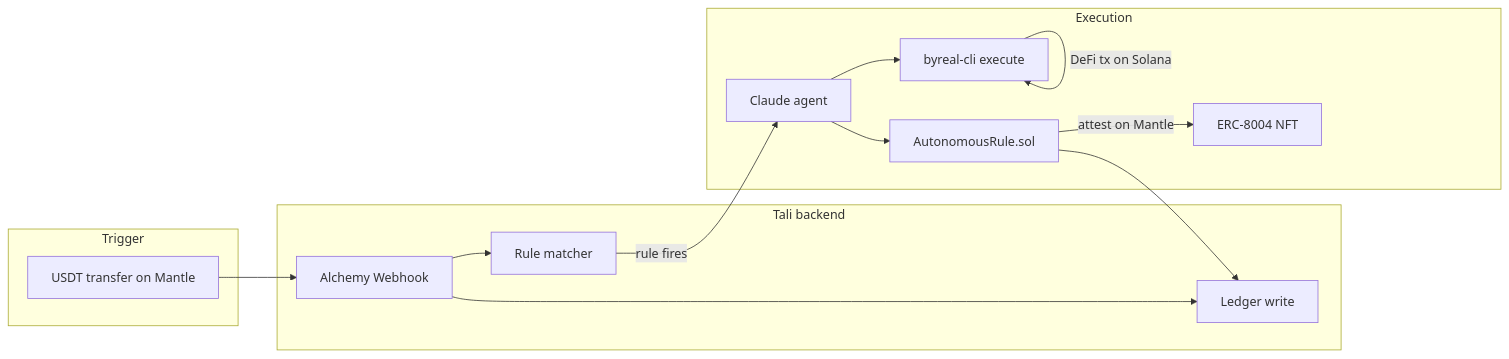
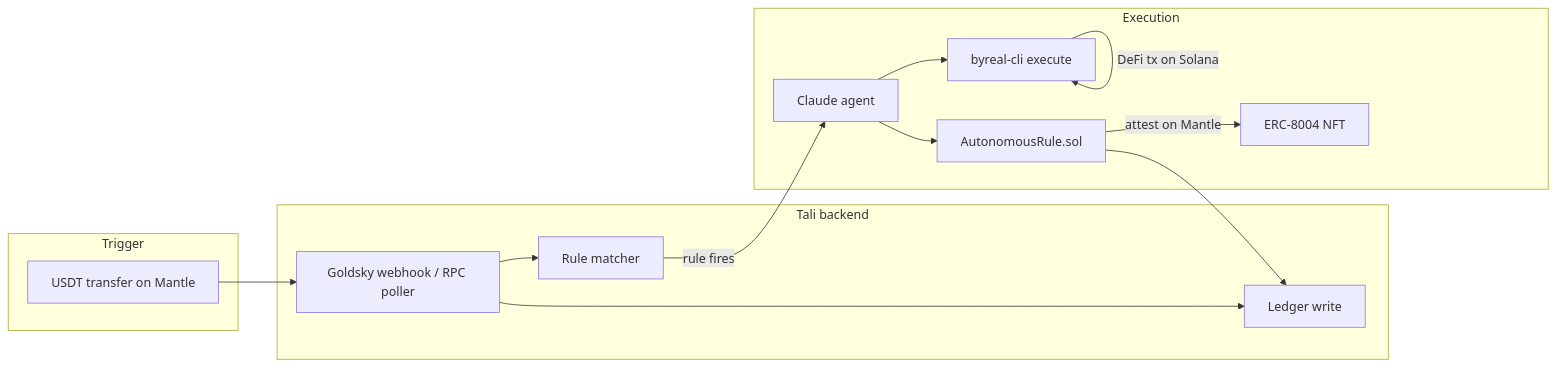
Before and after one commit to aliyanamu/tali: the third of 3 diagrams in docs/architecture.md, drawn with Mermaid. The commit also changed other lines of this file and 10 other files, not shown here.

First line of the commit message:
refactor: extract transferIngestion service + add Mantle testnet RPC poller

````diff
--- a/docs/architecture.md
+++ b/docs/architecture.md
@@ -102,29 +105,29 @@
 ```mermaid
 flowchart LR
     subgraph Trigger
         E1[USDT transfer on Mantle]
     end
 
     subgraph Tali backend
-        GS[Alchemy Webhook]
+        GS[Goldsky webhook / RPC poller]
         MATCH[Rule matcher]
         LOG[Ledger write]
     end
 
     subgraph Execution
         CL[Claude agent]
         BC[byreal-cli execute]
         AR[AutonomousRule.sol]
         NFT[ERC-8004 NFT]
     end
 
     E1 --> GS
     GS --> MATCH
     MATCH -->|rule fires| CL
     CL --> BC
     BC -->|DeFi tx on Solana| BC
     CL --> AR
     AR -->|attest on Mantle| NFT
     GS --> LOG
     AR --> LOG
 ```
````
